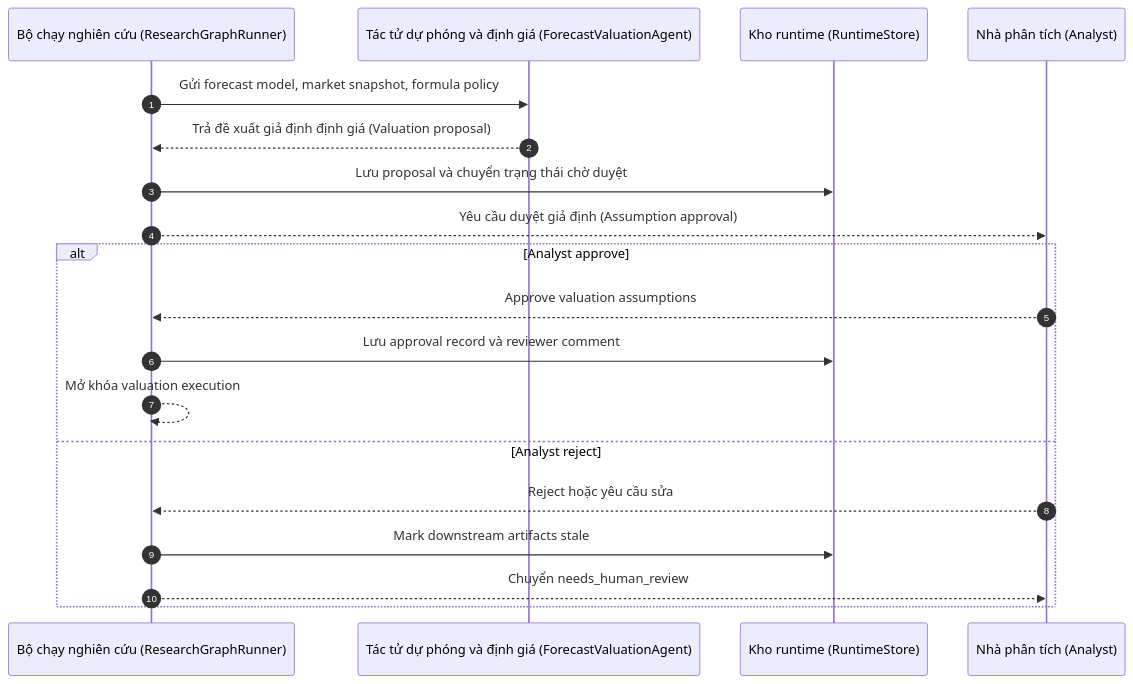
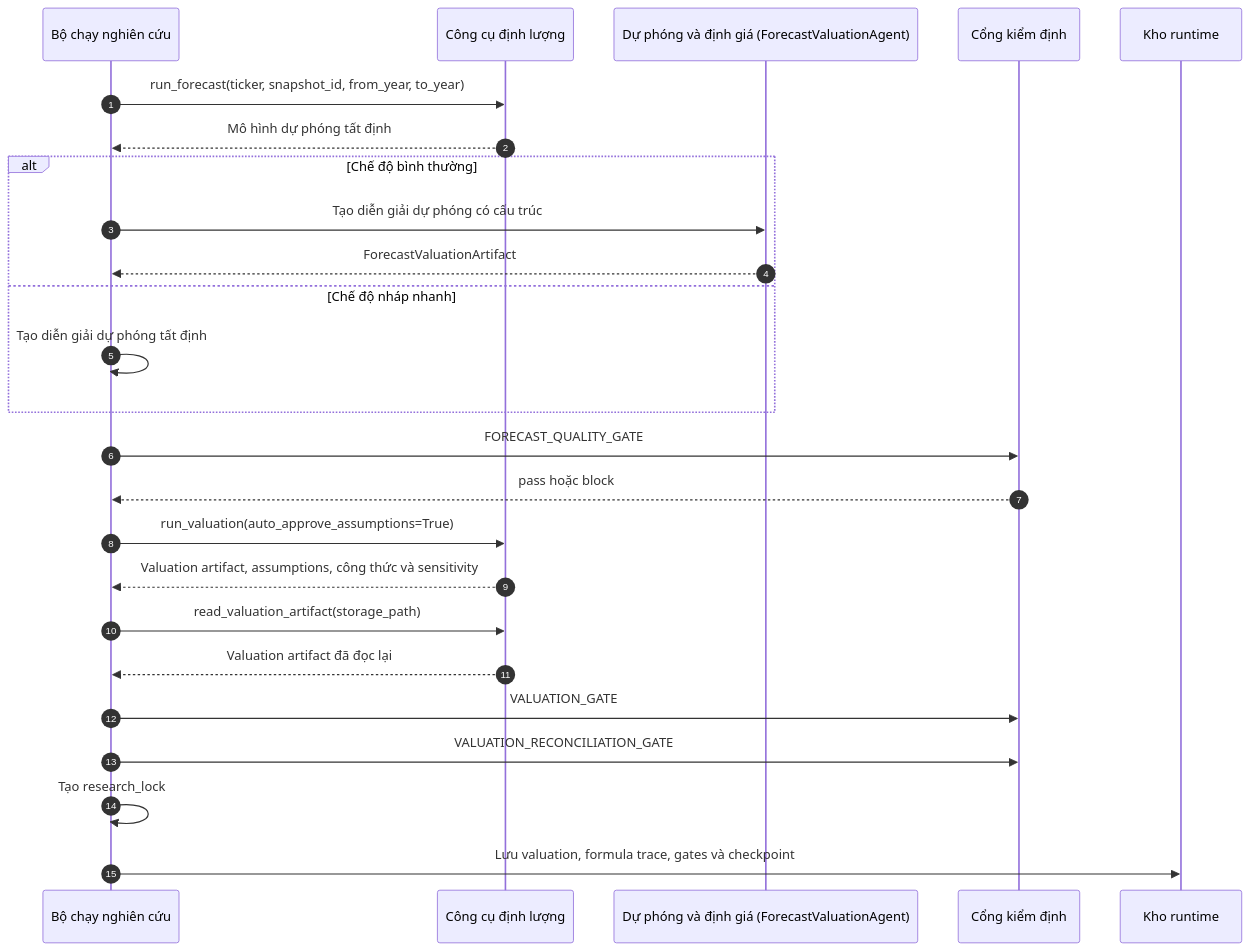
The tenth of 24 diagrams in docs/SEQUENCE.md (haubelerche/equity-research-system), drawn with Mermaid before and after one commit. The commit also changed other lines of this file and 56 other files, not shown here.

First line of the commit message:
@ chore(repo): remove stale plans/docs/logs; ignore runtime output dirs

````diff
--- a/docs/SEQUENCE.md
+++ b/docs/SEQUENCE.md
@@ -211,22 +288,28 @@
 ```mermaid
 sequenceDiagram
     autonumber
-    participant R as Bộ chạy nghiên cứu (ResearchGraphRunner)
-    participant V as Tác tử dự phóng và định giá (ForecastValuationAgent)
-    participant S as Kho runtime (RuntimeStore)
-    participant A as Nhà phân tích (Analyst)
+    participant R as Bộ chạy nghiên cứu
+    participant T as Công cụ định lượng
+    participant A as Dự phóng và định giá (ForecastValuationAgent)
+    participant G as Cổng kiểm định
+    participant S as Kho runtime
 
-    R->>V: Gửi forecast model, market snapshot, formula policy
-    V-->>R: Trả đề xuất giả định định giá (Valuation proposal)
-    R->>S: Lưu proposal và chuyển trạng thái chờ duyệt
-    R-->>A: Yêu cầu duyệt giả định (Assumption approval)
-    alt Analyst approve
-        A-->>R: Approve valuation assumptions
-        R->>S: Lưu approval record và reviewer comment
-        R-->>R: Mở khóa valuation execution
-    else Analyst reject
-        A-->>R: Reject hoặc yêu cầu sửa
-        R->>S: Mark downstream artifacts stale
-        R-->>A: Chuyển needs_human_review
+    R->>T: run_forecast(ticker, snapshot_id, from_year, to_year)
+    T-->>R: Mô hình dự phóng tất định
+    alt Chế độ bình thường
+        R->>A: Tạo diễn giải dự phóng có cấu trúc
+        A-->>R: ForecastValuationArtifact
+    else Chế độ nháp nhanh
+        R->>R: Tạo diễn giải dự phóng tất định
     end
+    R->>G: FORECAST_QUALITY_GATE
+    G-->>R: pass hoặc block
+    R->>T: run_valuation(auto_approve_assumptions=True)
+    T-->>R: Valuation artifact, assumptions, công thức và sensitivity
+    R->>T: read_valuation_artifact(storage_path)
+    T-->>R: Valuation artifact đã đọc lại
+    R->>G: VALUATION_GATE
+    R->>G: VALUATION_RECONCILIATION_GATE
+    R->>R: Tạo research_lock
+    R->>S: Lưu valuation, formula trace, gates và checkpoint
 ```
````
